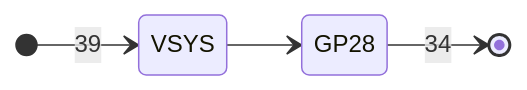
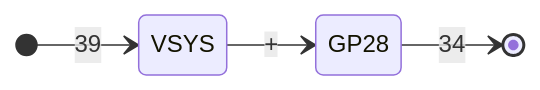
One commit to setrar/microelectronics changed the diagram in kits/sunfounder/lessons/0/README.md. Above: the diagram before and after it, drawn with Mermaid.

````diff
--- a/kits/sunfounder/lessons/0/README.md
+++ b/kits/sunfounder/lessons/0/README.md
@@ -19,7 +19,7 @@
 ```mermaid
 stateDiagram-v2
     direction LR
     [*] --> VSYS : 39
-    VSYS --> GP28
+    VSYS --> GP28 : +
     GP28 --> [*] : 34
 ```
````
